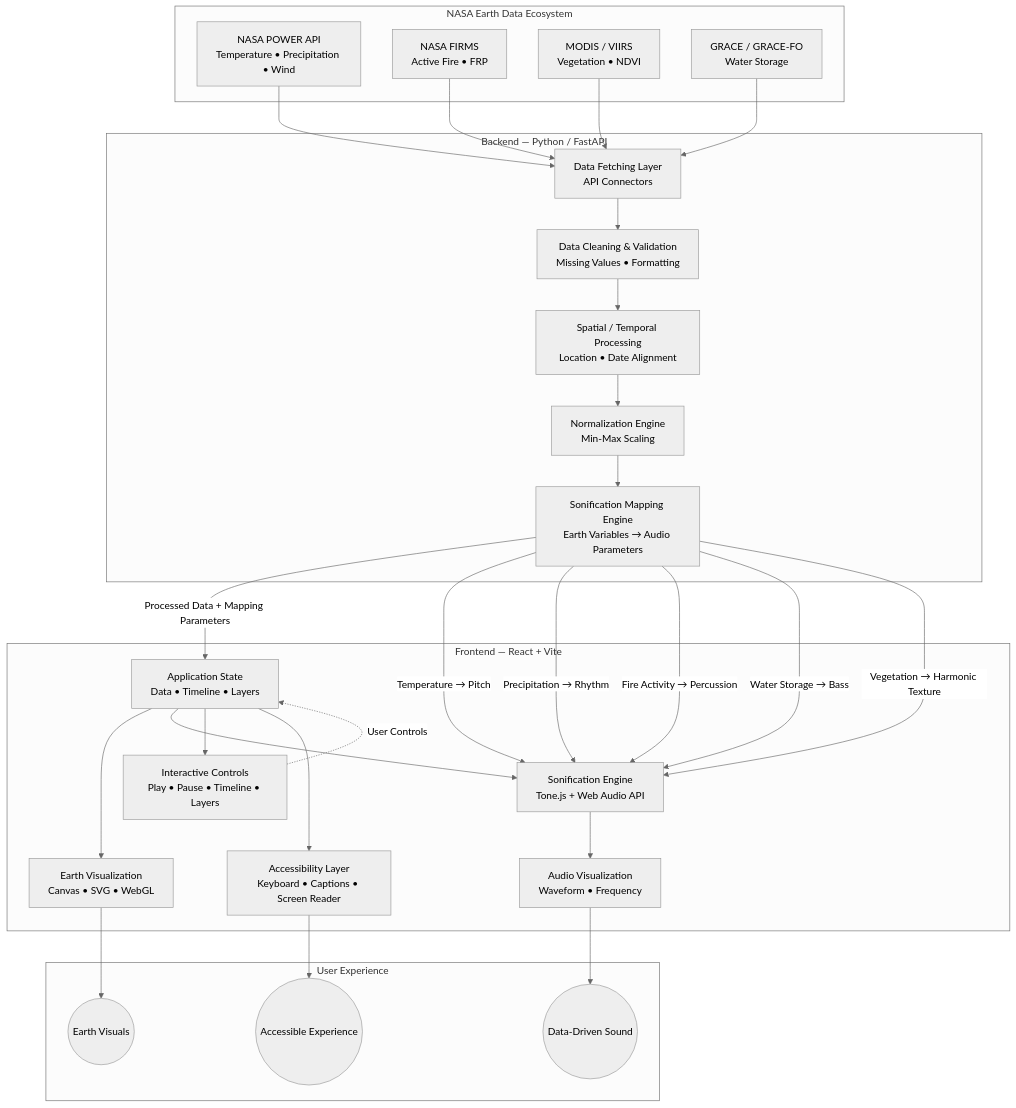
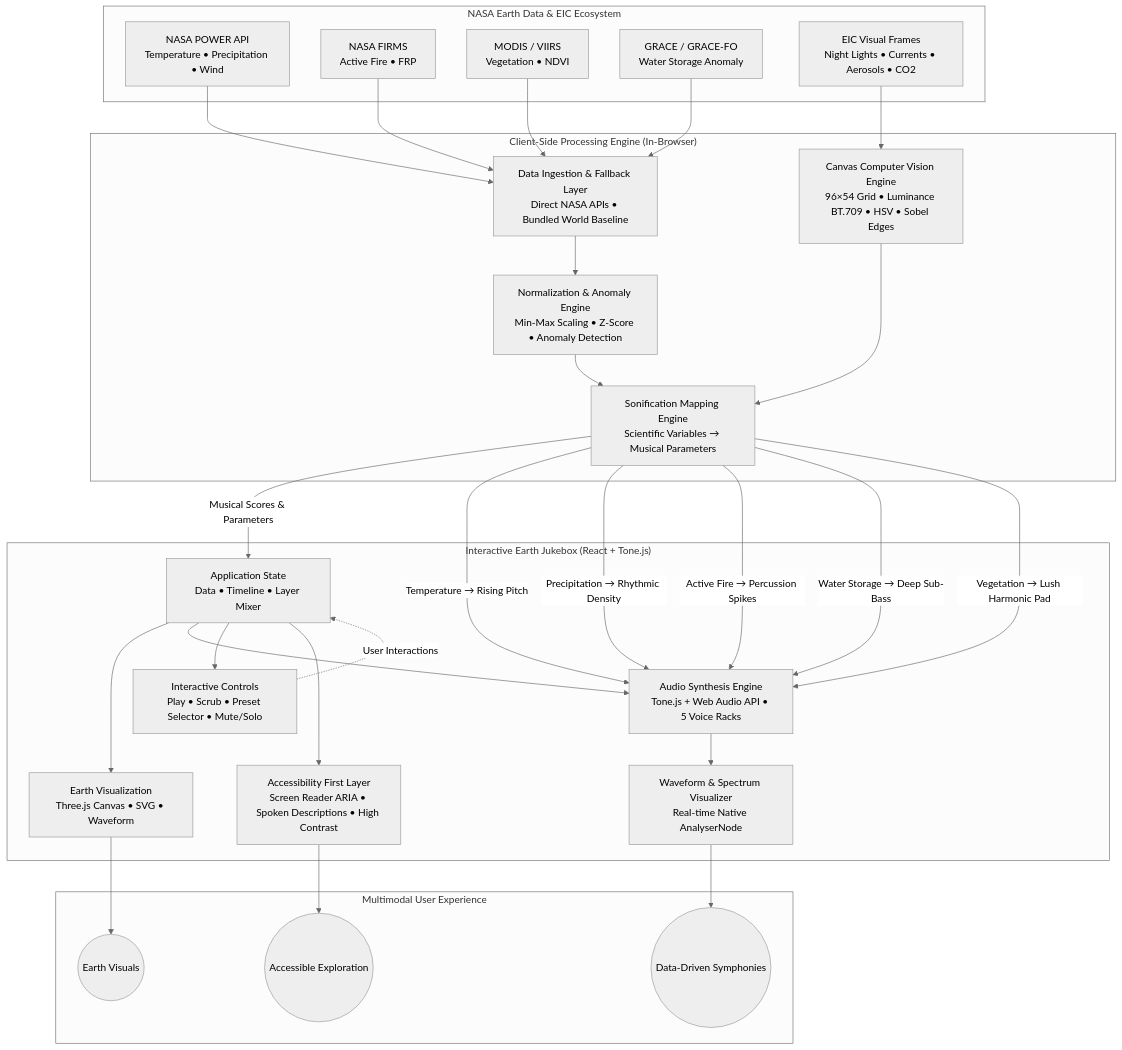
The diagram in README.md (Nephophile06/Prism-Tone_The-Earth-Information-Jukebox), drawn with Mermaid (neutral theme) before and after one commit. The commit also changed other lines of this file and 53 other files, not shown here.

Commit message:
Organize unified client-side folder structure and streamline documentation

````diff
--- a/README.md
+++ b/README.md
@@ -239,64 +231,64 @@
 ```mermaid
 graph TD
 
-subgraph NASA["NASA Earth Data Ecosystem"]
+subgraph NASA["NASA Earth Data & EIC Ecosystem"]
     A["NASA POWER API<br/>Temperature • Precipitation • Wind"]
     B["NASA FIRMS<br/>Active Fire • FRP"]
     C["MODIS / VIIRS<br/>Vegetation • NDVI"]
-    D["GRACE / GRACE-FO<br/>Water Storage"]
+    D["GRACE / GRACE-FO<br/>Water Storage Anomaly"]
+    EIC["EIC Visual Frames<br/>Night Lights • Currents • Aerosols • CO2"]
 end
 
-subgraph BACKEND["Backend — Python / FastAPI"]
-    E["Data Fetching Layer<br/>API Connectors"]
-    F["Data Cleaning & Validation<br/>Missing Values • Formatting"]
-    G["Spatial / Temporal Processing<br/>Location • Date Alignment"]
-    H["Normalization Engine<br/>Min-Max Scaling"]
-    I["Sonification Mapping Engine<br/>Earth Variables → Audio Parameters"]
+subgraph CLIENT["Client-Side Processing Engine (In-Browser)"]
+    E["Data Ingestion & Fallback Layer<br/>Direct NASA APIs • Bundled World Baseline"]
+    CV["Canvas Computer Vision Engine<br/>96×54 Grid • Luminance BT.709 • HSV • Sobel Edges"]
+    H["Normalization & Anomaly Engine<br/>Min-Max Scaling • Z-Score • Anomaly Detection"]
+    I["Sonification Mapping Engine<br/>Scientific Variables → Musical Parameters"]
 end
 
-subgraph FRONTEND["Frontend — React + Vite"]
-    J["Application State<br/>Data • Timeline • Layers"]
-    K["Earth Visualization<br/>Canvas • SVG • WebGL"]
-    L["Sonification Engine<br/>Tone.js + Web Audio API"]
-    M["Audio Visualization<br/>Waveform • Frequency"]
-    N["Interactive Controls<br/>Play • Pause • Timeline • Layers"]
-    O["Accessibility Layer<br/>Keyboard • Captions • Screen Reader"]
+subgraph UI["Interactive Earth Jukebox (React + Tone.js)"]
+    J["Application State<br/>Data • Timeline • Layer Mixer"]
+    K["Earth Visualization<br/>Three.js Canvas • SVG • Waveform"]
+    L["Audio Synthesis Engine<br/>Tone.js + Web Audio API • 5 Voice Racks"]
+    M["Waveform & Spectrum Visualizer<br/>Real-time Native AnalyserNode"]
+    N["Interactive Controls<br/>Play • Scrub • Preset Selector • Mute/Solo"]
+    O["Accessibility First Layer<br/>Screen Reader ARIA • Spoken Descriptions • High Contrast"]
 end
 
-subgraph OUTPUT["User Experience"]
+subgraph OUTPUT["Multimodal User Experience"]
     P(("Earth Visuals"))
-    Q(("Data-Driven Sound"))
-    R(("Accessible Experience"))
+    Q(("Data-Driven Symphonies"))
+    R(("Accessible Exploration"))
 end
 
 A --> E
 B --> E
 C --> E
 D --> E
+EIC --> CV
 
-E --> F
-F --> G
-G --> H
+E --> H
+CV --> I
 H --> I
 
-I -->|"Processed Data + Mapping Parameters"| J
+I -->|"Musical Scores & Parameters"| J
 
 J --> K
 J --> L
 J --> N
 J --> O
 
 L --> M
 M --> Q
 
 K --> P
 O --> R
 
-N -.->|"User Controls"| J
+N -.->|"User Interactions"| J
 
-I -->|"Temperature → Pitch"| L
-I -->|"Precipitation → Rhythm"| L
-I -->|"Fire Activity → Percussion"| L
-I -->|"Water Storage → Bass"| L
-I -->|"Vegetation → Harmonic Texture"| L
+I -->|"Temperature → Rising Pitch"| L
+I -->|"Precipitation → Rhythmic Density"| L
+I -->|"Active Fire → Percussion Spikes"| L
+I -->|"Water Storage → Deep Sub-Bass"| L
+I -->|"Vegetation → Lush Harmonic Pad"| L
 ```
````
